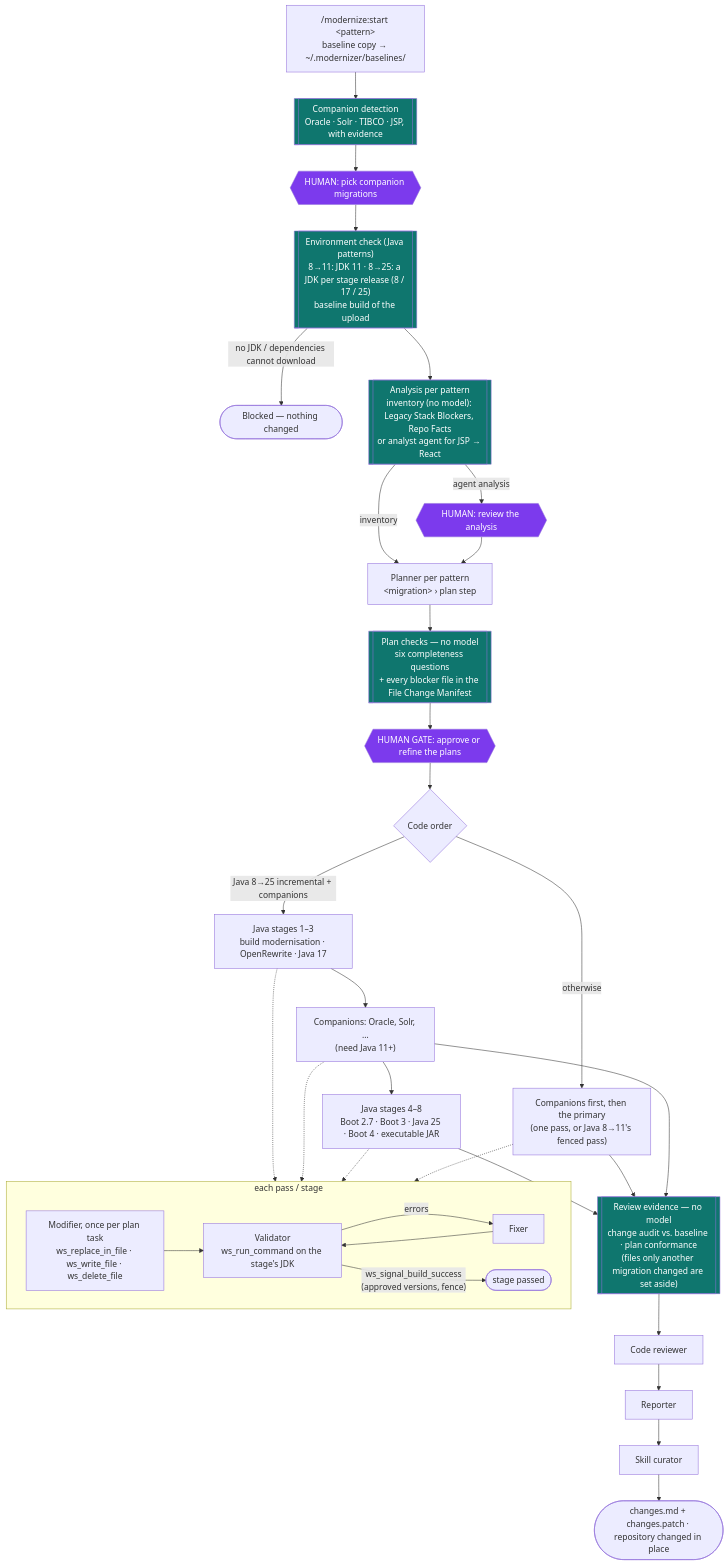
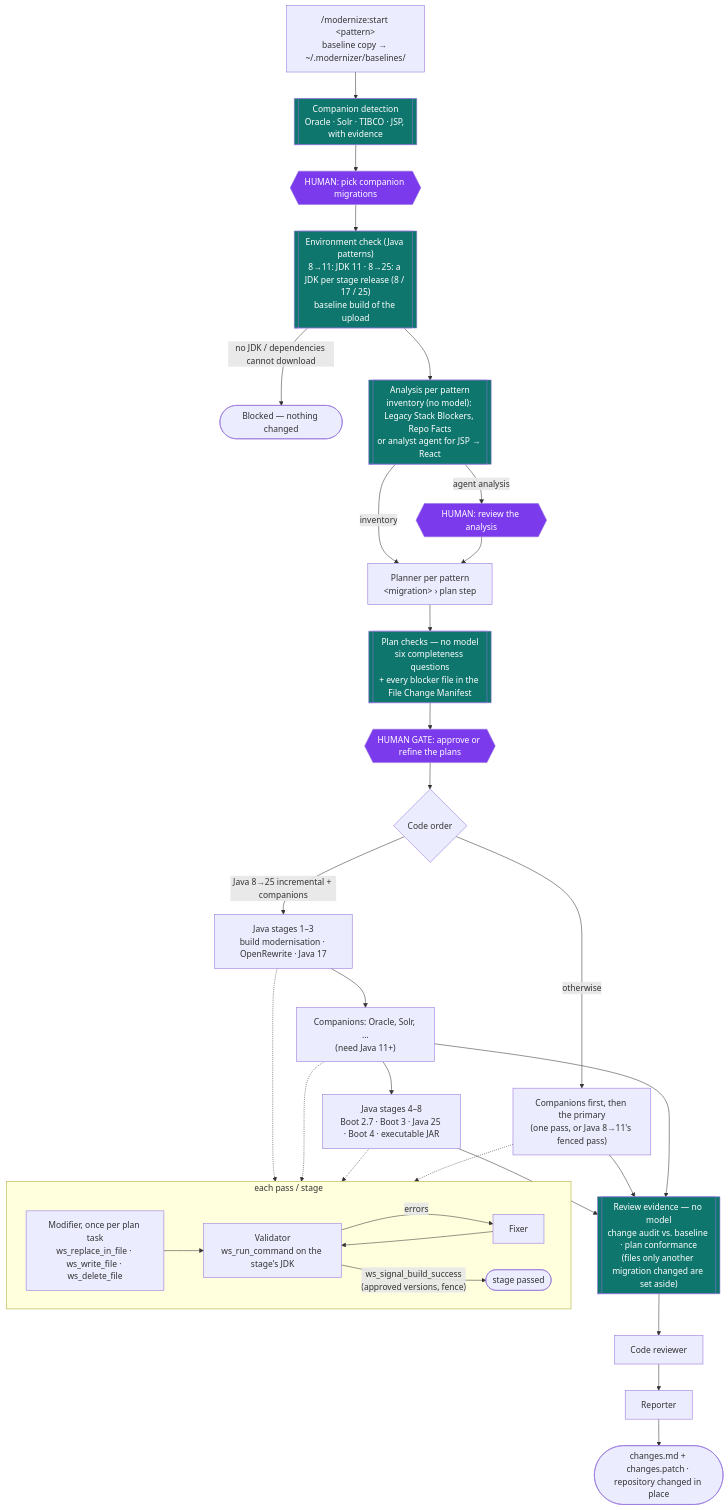
One commit to Sugeesh-suresh/app-modernizer changed the fourth of 4 diagrams in README.md. Above: the diagram before and after it, drawn with Mermaid. The commit also changed other lines of this file and 42 other files, not shown here.

First line of the commit message:
Remove the skill curator step at the end of the pipeline

````diff
--- a/README.md
+++ b/README.md
@@ -413,42 +412,41 @@
 ```mermaid
 flowchart TD
     START["/modernize:start &lt;pattern&gt;<br/>baseline copy → ~/.modernizer/baselines/"] --> CD[[Companion detection<br/>Oracle · Solr · TIBCO · JSP, with evidence]]
     CD --> G0{{"HUMAN: pick companion migrations"}}
     G0 --> PF[["Environment check (Java patterns)<br/>8→11: JDK 11 · 8→25: a JDK per stage release (8 / 17 / 25)<br/>baseline build of the upload"]]
     PF -->|"no JDK / dependencies cannot download"| STOP([Blocked — nothing changed])
     PF --> AN[["Analysis per pattern<br/>inventory (no model): Legacy Stack Blockers, Repo Facts<br/>or analyst agent for JSP → React"]]
     AN -->|agent analysis| GA{{"HUMAN: review the analysis"}}
     AN -->|inventory| PL
     GA --> PL["Planner per pattern<br/>&lt;migration&gt; › plan step"]
     PL --> CHK[["Plan checks — no model<br/>six completeness questions<br/>+ every blocker file in the File Change Manifest"]]
     CHK --> G2{{"HUMAN GATE: approve or refine the plans"}}
 
     G2 --> ORD{Code order}
     ORD -->|"Java 8→25 incremental + companions"| J1["Java stages 1–3<br/>build modernisation · OpenRewrite · Java 17"]
     J1 --> COMPN["Companions: Oracle, Solr, …<br/>(need Java 11+)"]
     COMPN --> J2["Java stages 4–8<br/>Boot 2.7 · Boot 3 · Java 25 · Boot 4 · executable JAR"]
     ORD -->|"otherwise"| SEQ["Companions first, then the primary<br/>(one pass, or Java 8→11's fenced pass)"]
 
     subgraph LOOP["each pass / stage"]
         direction LR
         MOD["Modifier, once per plan task<br/>ws_replace_in_file · ws_write_file · ws_delete_file"] --> VAL["Validator<br/>ws_run_command on the stage's JDK"]
         VAL -->|errors| FIX[Fixer] --> VAL
         VAL -->|"ws_signal_build_success<br/>(approved versions, fence)"| OK([stage passed])
     end
     J1 & COMPN & J2 & SEQ -.-> LOOP
 
     J2 & SEQ --> REV
     COMPN --> REV
     REV[["Review evidence — no model<br/>change audit vs. baseline · plan conformance<br/>(files only another migration changed are set aside)"]] --> CR[Code reviewer]
-    CR --> REP[Reporter] --> CUR[Skill curator]
-    CUR --> FIN([changes.md + changes.patch · repository changed in place])
+    CR --> REP[Reporter] --> FIN([changes.md + changes.patch · repository changed in place])
 
     style G0 fill:#7c3aed,color:#fff
     style GA fill:#7c3aed,color:#fff
     style G2 fill:#7c3aed,color:#fff
     style CD fill:#0f766e,color:#fff
     style PF fill:#0f766e,color:#fff
     style AN fill:#0f766e,color:#fff
     style CHK fill:#0f766e,color:#fff
     style REV fill:#0f766e,color:#fff
 ```
````
